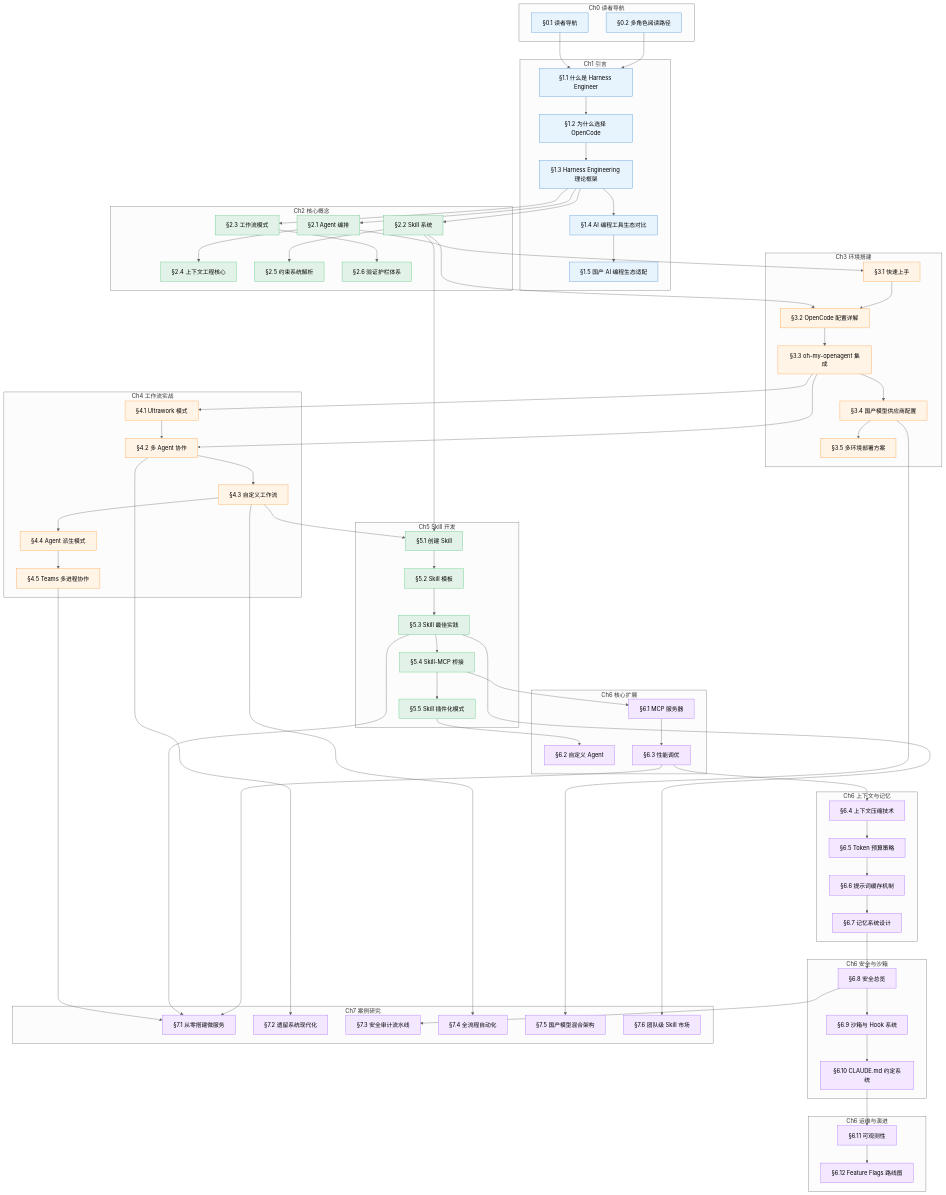
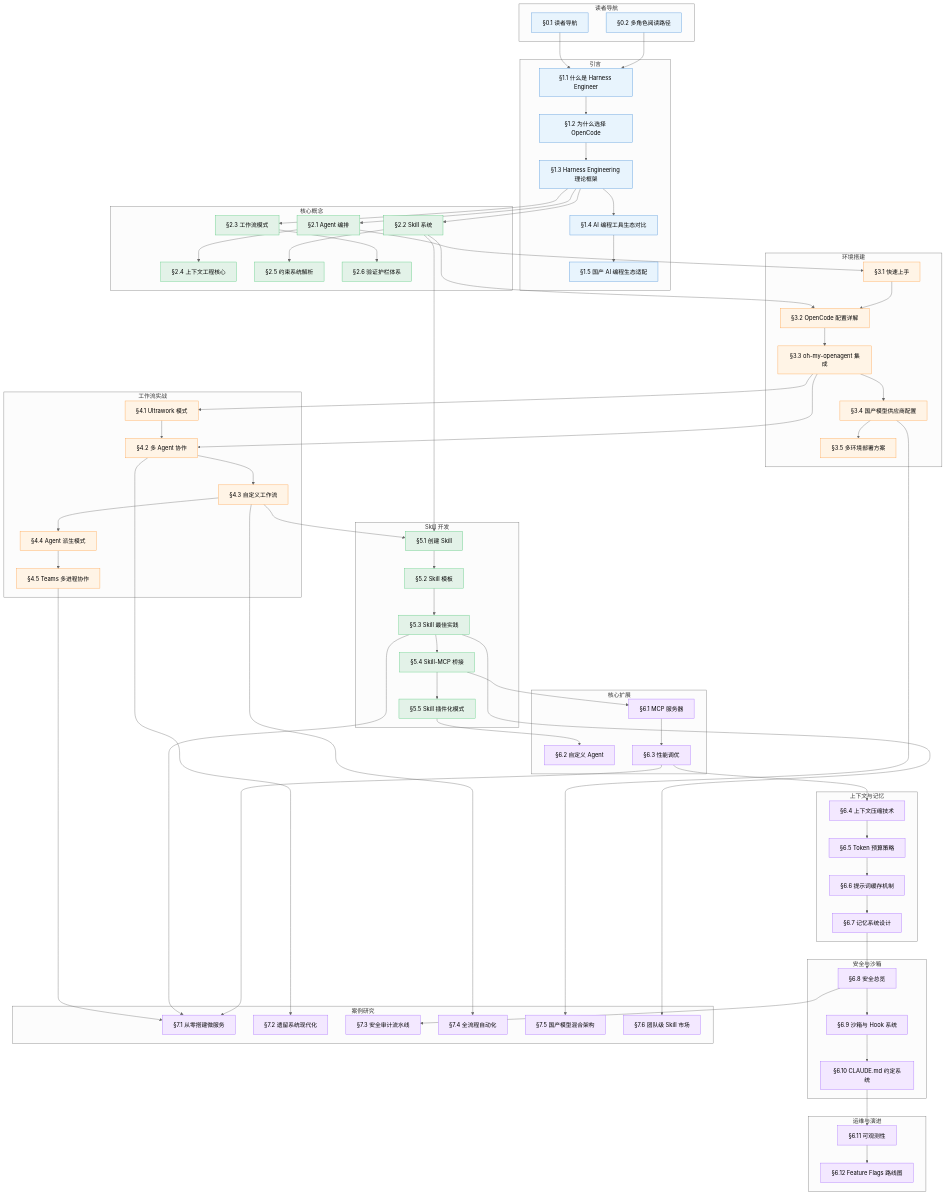
Before and after one commit to tonydeng/harness-engineering-from-oc-to-ai-coding: the second of 3 diagrams in src/00-guide/reading-paths.md, drawn with Mermaid (neutral theme). The commit also changed other lines of this file and 3 other files, not shown here.

````diff
--- a/src/00-guide/reading-paths.md
+++ b/src/00-guide/reading-paths.md
@@ -88,11 +88,11 @@
 ```mermaid
 graph TB
-    subgraph Ch0["Ch0 读者导航"]
+    subgraph Ch0["读者导航"]
         G0_1["§0.1 读者导航"]
         G0_2["§0.2 多角色阅读路径"]
     end
 
-    subgraph Ch1["Ch1 引言"]
+    subgraph Ch1["引言"]
         G1_1["§1.1 什么是 Harness Engineer"]
         G1_2["§1.2 为什么选择 OpenCode"]
         G1_3["§1.3 Harness Engineering 理论框架"]
@@ -100,7 +100,7 @@
         G1_5["§1.5 国产 AI 编程生态适配"]
     end
 
-    subgraph Ch2["Ch2 核心概念"]
+    subgraph Ch2["核心概念"]
         G2_1["§2.1 Agent 编排"]
         G2_2["§2.2 Skill 系统"]
         G2_3["§2.3 工作流模式"]
@@ -109,7 +109,7 @@
         G2_6["§2.6 验证护栏体系"]
     end
 
-    subgraph Ch3["Ch3 环境搭建"]
+    subgraph Ch3["环境搭建"]
         G3_1["§3.1 快速上手"]
         G3_2["§3.2 OpenCode 配置详解"]
         G3_3["§3.3 oh-my-openagent 集成"]
@@ -117,7 +117,7 @@
         G3_5["§3.5 多环境部署方案"]
     end
 
-    subgraph Ch4["Ch4 工作流实战"]
+    subgraph Ch4["工作流实战"]
         G4_1["§4.1 Ultrawork 模式"]
         G4_2["§4.2 多 Agent 协作"]
         G4_3["§4.3 自定义工作流"]
@@ -125,7 +125,7 @@
         G4_5["§4.5 Teams 多进程协作"]
     end
 
-    subgraph Ch5["Ch5 Skill 开发"]
+    subgraph Ch5["Skill 开发"]
         G5_1["§5.1 创建 Skill"]
         G5_2["§5.2 Skill 模板"]
         G5_3["§5.3 Skill 最佳实践"]
@@ -133,31 +133,31 @@
         G5_5["§5.5 Skill 插件化模式"]
     end
 
-    subgraph Ch6A["Ch6 核心扩展"]
+    subgraph Ch6A["核心扩展"]
         G6_1["§6.1 MCP 服务器"]
         G6_2["§6.2 自定义 Agent"]
         G6_3["§6.3 性能调优"]
     end
 
-    subgraph Ch6B["Ch6 上下文与记忆"]
+    subgraph Ch6B["上下文与记忆"]
         G6_4["§6.4 上下文压缩技术"]
         G6_5["§6.5 Token 预算策略"]
         G6_6["§6.6 提示词缓存机制"]
         G6_7["§6.7 记忆系统设计"]
     end
 
-    subgraph Ch6C["Ch6 安全与沙箱"]
+    subgraph Ch6C["安全与沙箱"]
         G6_8["§6.8 安全总览"]
         G6_9["§6.9 沙箱与 Hook 系统"]
         G6_10["§6.10 CLAUDE.md 约定系统"]
     end
 
-    subgraph Ch6D["Ch6 运维与演进"]
+    subgraph Ch6D["运维与演进"]
         G6_11["§6.11 可观测性"]
         G6_12["§6.12 Feature Flags 路线图"]
     end
 
-    subgraph Ch7["Ch7 案例研究"]
+    subgraph Ch7["案例研究"]
         G7_1["§7.1 从零搭建微服务"]
         G7_2["§7.2 遗留系统现代化"]
         G7_3["§7.3 安全审计流水线"]
@@ -166,63 +166,63 @@
         G7_6["§7.6 团队级 Skill 市场"]
     end
 
-    %% Ch0 -> Ch1
+    %% 读者导航 -> 引言
     G0_1 --> G1_1
     G0_2 --> G1_1
 
-    %% Ch1 内部依赖
+    %% 引言 内部依赖
     G1_1 --> G1_2
     G1_2 --> G1_3
     G1_3 --> G1_4
     G1_4 --> G1_5
 
-    %% Ch1 -> Ch2
+    %% 引言 -> 核心概念
     G1_3 --> G2_1
     G1_3 --> G2_2
     G1_3 --> G2_3
 
-    %% Ch2 内部依赖
+    %% 核心概念 内部依赖
     G2_1 --> G2_4
     G2_2 --> G2_5
     G2_3 --> G2_6
 
-    %% Ch2 -> Ch3
+    %% 核心概念 -> 环境搭建
     G2_1 --> G3_1
     G2_2 --> G3_2
 
-    %% Ch3 内部依赖
+    %% 环境搭建 内部依赖
     G3_1 --> G3_2
     G3_2 --> G3_3
     G3_3 --> G3_4
     G3_4 --> G3_5
 
-    %% Ch3 -> Ch4
+    %% 环境搭建 -> 工作流实战
     G3_3 --> G4_1
     G3_3 --> G4_2
 
-    %% Ch4 内部依赖
+    %% 工作流实战 内部依赖
     G4_1 --> G4_2
     G4_2 --> G4_3
     G4_3 --> G4_4
     G4_4 --> G4_5
 
-    %% Ch2 -> Ch5
+    %% 核心概念 -> Skill 开发
     G2_2 --> G5_1
 
-    %% Ch5 内部依赖
+    %% Skill 开发 内部依赖
     G5_1 --> G5_2
     G5_2 --> G5_3
     G5_3 --> G5_4
     G5_4 --> G5_5
 
-    %% Ch4 -> Ch5
+    %% 工作流实战 -> Skill 开发
     G4_3 --> G5_1
 
-    %% Ch5 -> Ch6
+    %% Skill 开发 -> 高级话题
     G5_4 --> G6_1
     G5_5 --> G6_2
 
-    %% Ch6 内部依赖
+    %% 高级话题 内部依赖
     G6_1 --> G6_3
     G6_4 --> G6_5
     G6_5 --> G6_6
@@ -231,12 +231,12 @@
     G6_9 --> G6_10
     G6_11 --> G6_12
 
-    %% Ch6 跨子主题依赖
+    %% 高级话题 跨子主题依赖
     G6_3 --> G6_4
     G6_7 --> G6_8
     G6_10 --> G6_11
 
-    %% Ch4/Ch5/Ch6 -> Ch7
+    %% 工作流实战/Skill 开发/高级话题 -> 案例研究
     G4_5 --> G7_1
     G5_3 --> G7_1
     G6_3 --> G7_1
````
